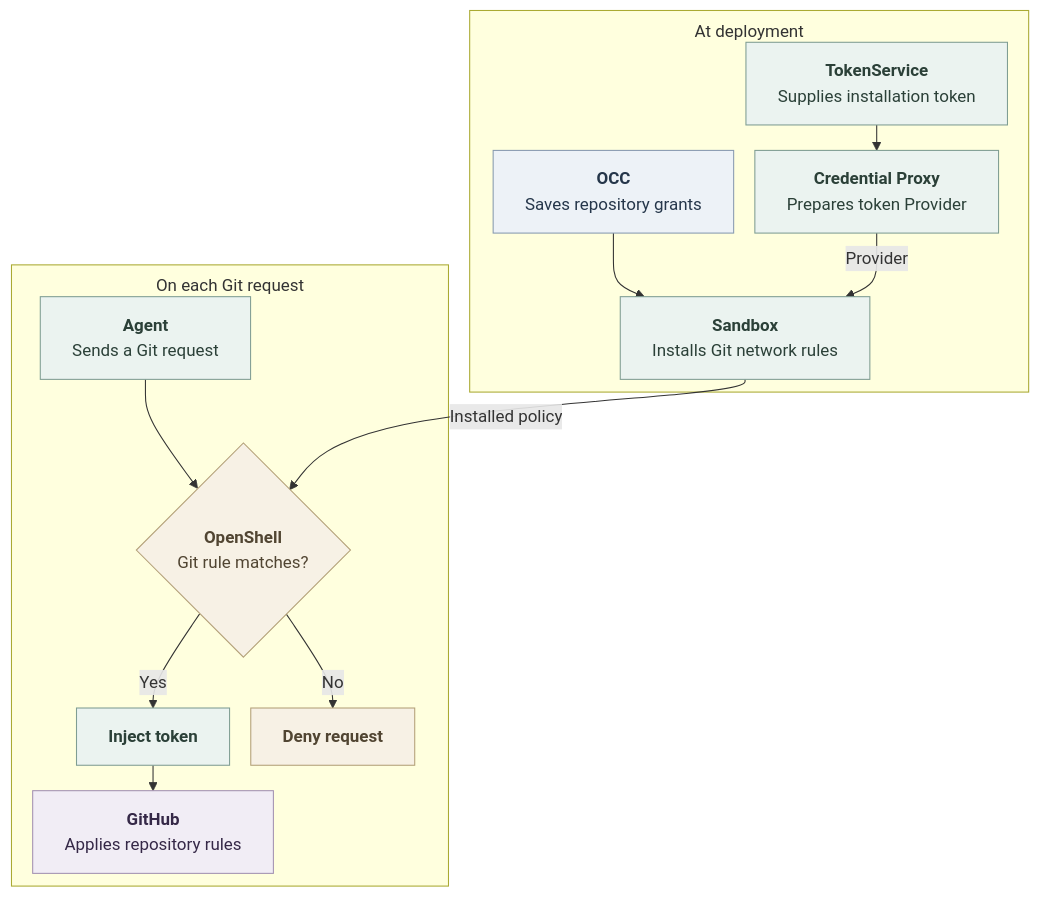
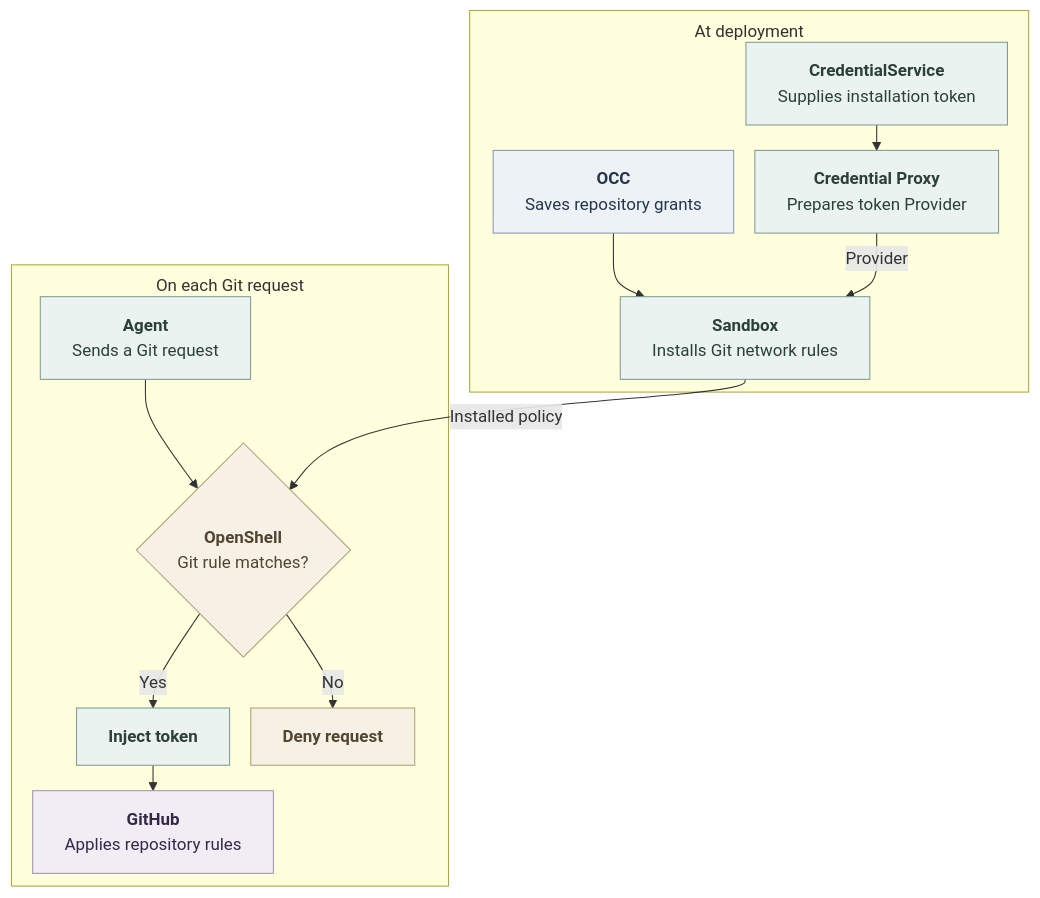
The diagram in docs/design/credential-proxy-architecture.md (openclaw/openclaw-enterprise), drawn with Mermaid before and after one commit. The commit also changed other lines of this file and 418 other files, not shown here.

Commit message:
Rename credential custody owner to CredentialService

````diff
--- a/docs/design/credential-proxy-architecture.md
+++ b/docs/design/credential-proxy-architecture.md
@@ -43,33 +43,33 @@
 ```mermaid
 ---
 config:
   htmlLabels: true
   flowchart:
     nodeSpacing: 20
     rankSpacing: 24
     subGraphTitleMargin:
       top: 8
       bottom: 10
 ---
 flowchart TB
   subgraph Deployment["At deployment"]
     OCC["<b>OCC</b><br/>Saves repository grants"] --> Sandbox["<b>Sandbox</b><br/>Installs Git network rules"]
-    TS["<b>TokenService</b><br/>Supplies installation token"] --> Proxy
+    TS["<b>CredentialService</b><br/>Supplies installation token"] --> Proxy
     Proxy["<b>Credential Proxy</b><br/>Prepares token Provider"] -->|Provider| Sandbox
   end
   subgraph Request["On each Git request"]
     Agent["<b>Agent</b><br/>Sends a Git request"] --> Match{"<b>OpenShell</b><br/>Git rule matches?"}
     Match -->|Yes| Inject["<b>Inject token</b>"] --> GitHub["<b>GitHub</b><br/>Applies repository rules"]
     Match -->|No| Deny["<b>Deny request</b>"]
   end
   Sandbox -->|Installed policy| Match
 
   classDef state fill:#EDF2F7,stroke:#879AB0,color:#25364A,stroke-width:1px
   classDef operation fill:#EBF3F0,stroke:#7F9D93,color:#2B4038,stroke-width:1px
   classDef external fill:#F1EDF5,stroke:#A392B1,color:#352847,stroke-width:1px
   classDef condition fill:#F7F1E5,stroke:#B3A078,color:#514532,stroke-width:1px
   class OCC state
   class TS,Proxy,Sandbox,Agent,Inject operation
   class GitHub external
   class Match,Deny condition
 ```
````
